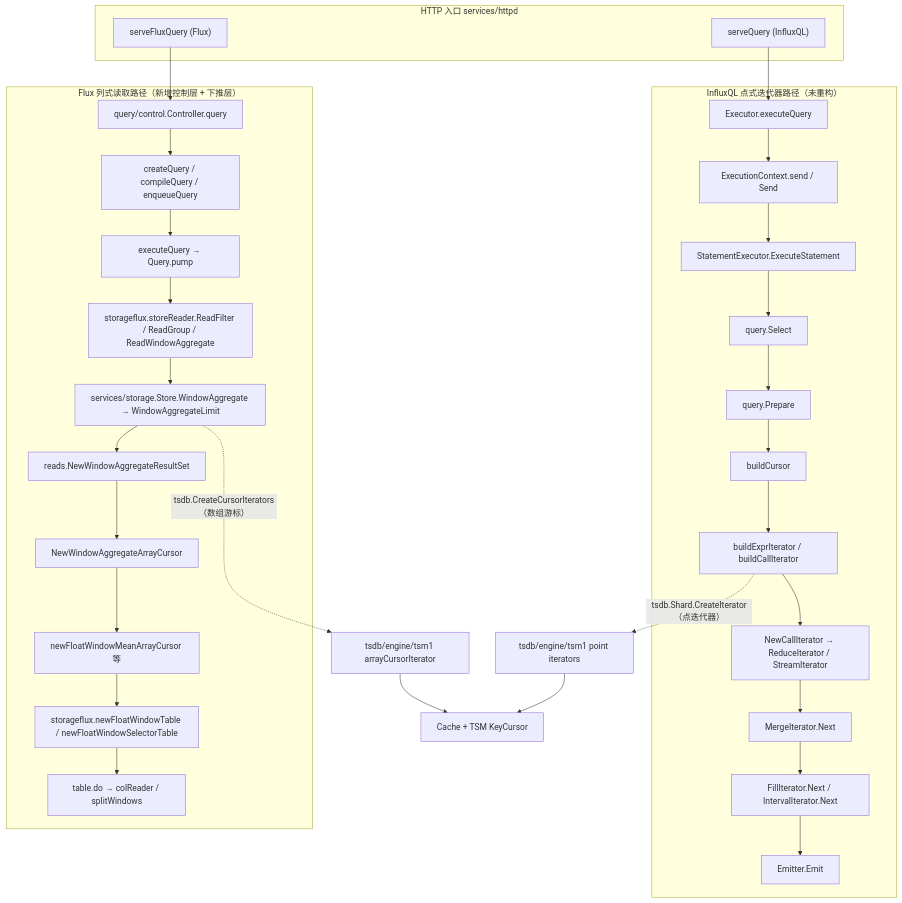
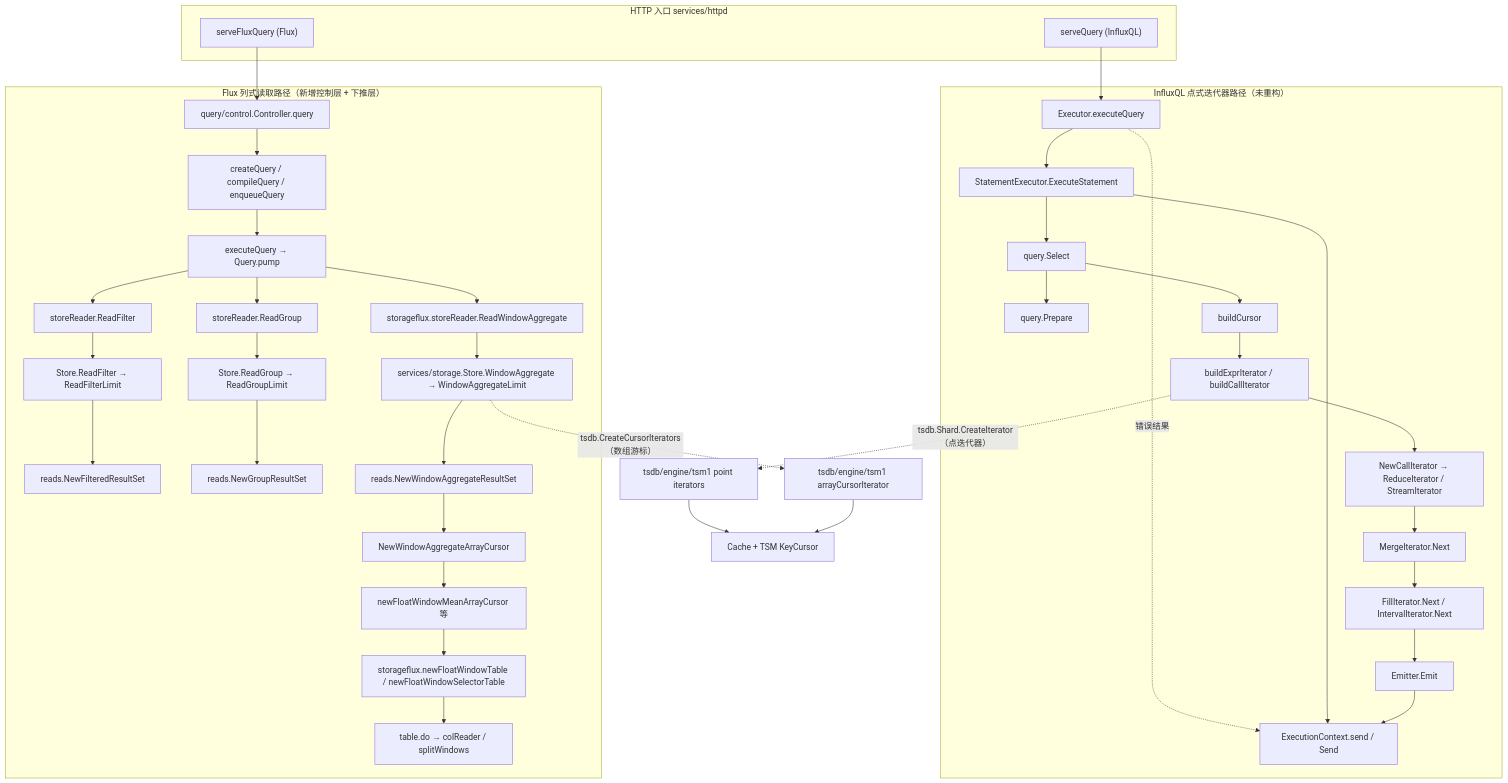
Before and after one commit to stefanv5/influxdb: the first of 3 diagrams in docs/specs/v1.8.10-vs-v1.12.3/03_query_engine_diff.md, drawn with Mermaid. The commit also changed other lines of this file and 12 other files, not shown here.

````diff
--- a/docs/specs/v1.8.10-vs-v1.12.3/03_query_engine_diff.md
+++ b/docs/specs/v1.8.10-vs-v1.12.3/03_query_engine_diff.md
@@ -81,39 +81,47 @@
 ```mermaid
 flowchart TB
     subgraph HTTP["HTTP 入口 services/httpd"]
         H1["serveQuery (InfluxQL)"]
         H2["serveFluxQuery (Flux)"]
     end
 
     subgraph IQ["InfluxQL 点式迭代器路径（未重构）"]
-        I1["Executor.executeQuery"] --> I2["ExecutionContext.send / Send"]
-        I2 --> I3["StatementExecutor.ExecuteStatement"]
+        I1["Executor.executeQuery"] --> I3["StatementExecutor.ExecuteStatement"]
+        I1 -. "错误结果" .-> I2["ExecutionContext.send / Send"]
         I3 --> I4["query.Select"]
+        I3 --> I2
         I4 --> I5["query.Prepare"]
-        I5 --> I6["buildCursor"]
+        I4 --> I6["buildCursor"]
         I6 --> I7["buildExprIterator / buildCallIterator"]
         I7 --> I8["NewCallIterator → ReduceIterator / StreamIterator"]
         I8 --> I9["MergeIterator.Next"]
         I9 --> I10["FillIterator.Next / IntervalIterator.Next"]
         I10 --> I11["Emitter.Emit"]
+        I11 --> I2
     end
 
     subgraph FX["Flux 列式读取路径（新增控制层 + 下推层）"]
         F1["query/control.Controller.query"] --> F2["createQuery / compileQuery / enqueueQuery"]
         F2 --> F3["executeQuery → Query.pump"]
-        F3 --> F4["storageflux.storeReader.ReadFilter / ReadGroup / ReadWindowAggregate"]
-        F4 --> F5["services/storage.Store.WindowAggregate → WindowAggregateLimit"]
+        F3 --> F4a["storageflux.storeReader.ReadWindowAggregate"]
+        F4a --> F5["services/storage.Store.WindowAggregate → WindowAggregateLimit"]
+        F3 --> F4b["storeReader.ReadFilter"]
+        F4b --> F5b["Store.ReadFilter → ReadFilterLimit"]
+        F5b --> F6b["reads.NewFilteredResultSet"]
+        F3 --> F4c["storeReader.ReadGroup"]
+        F4c --> F5c["Store.ReadGroup → ReadGroupLimit"]
+        F5c --> F6c["reads.NewGroupResultSet"]
         F5 --> F6["reads.NewWindowAggregateResultSet"]
         F6 --> F7["NewWindowAggregateArrayCursor"]
         F7 --> F8["newFloatWindowMeanArrayCursor 等"]
         F8 --> F9["storageflux.newFloatWindowTable / newFloatWindowSelectorTable"]
         F9 --> F10["table.do → colReader / splitWindows"]
     end
 
     H1 --> I1
     H2 --> F1
     I7 -. "tsdb.Shard.CreateIterator（点迭代器）" .-> T1["tsdb/engine/tsm1 point iterators"]
     F5 -. "tsdb.CreateCursorIterators（数组游标）" .-> T2["tsdb/engine/tsm1 arrayCursorIterator"]
     T1 --> T3["Cache + TSM KeyCursor"]
     T2 --> T3
 ```
````
